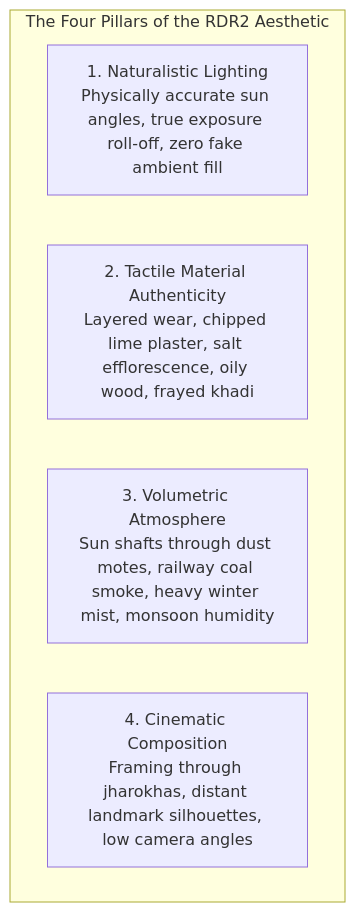
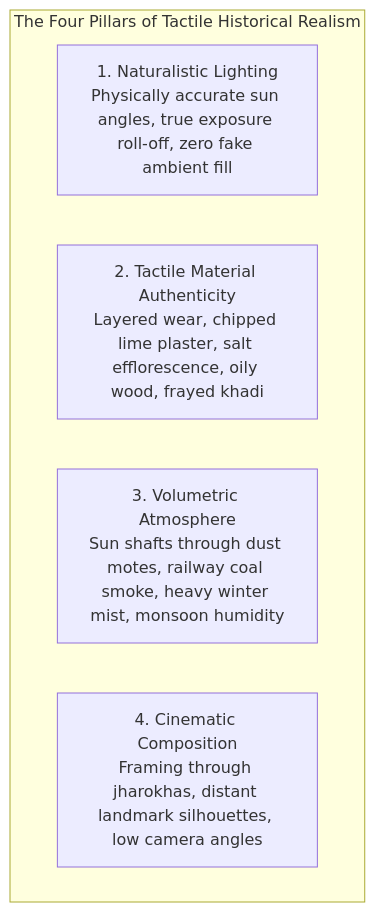
The first of 5 diagrams in Documentation/ENVIRONMENT_ART_BIBLE.md (npal78229-eng/REVOLUTION-Game), drawn with Mermaid before and after one commit. The commit also changed other lines of this file and 8 other files, not shown here.

````diff
--- a/Documentation/ENVIRONMENT_ART_BIBLE.md
+++ b/Documentation/ENVIRONMENT_ART_BIBLE.md
@@ -15,9 +15,9 @@
 ```mermaid
 flowchart TD
-    subgraph Pillars["The Four Pillars of the RDR2 Aesthetic"]
+    subgraph Pillars["The Four Pillars of Tactile Historical Realism"]
         L["1. Naturalistic Lighting\nPhysically accurate sun angles, true exposure roll-off, zero fake ambient fill"]
         M["2. Tactile Material Authenticity\nLayered wear, chipped lime plaster, salt efflorescence, oily wood, frayed khadi"]
         A["3. Volumetric Atmosphere\nSun shafts through dust motes, railway coal smoke, heavy winter mist, monsoon humidity"]
         C["4. Cinematic Composition\nFraming through jharokhas, distant landmark silhouettes, low camera angles"]
     end
 ```
````
